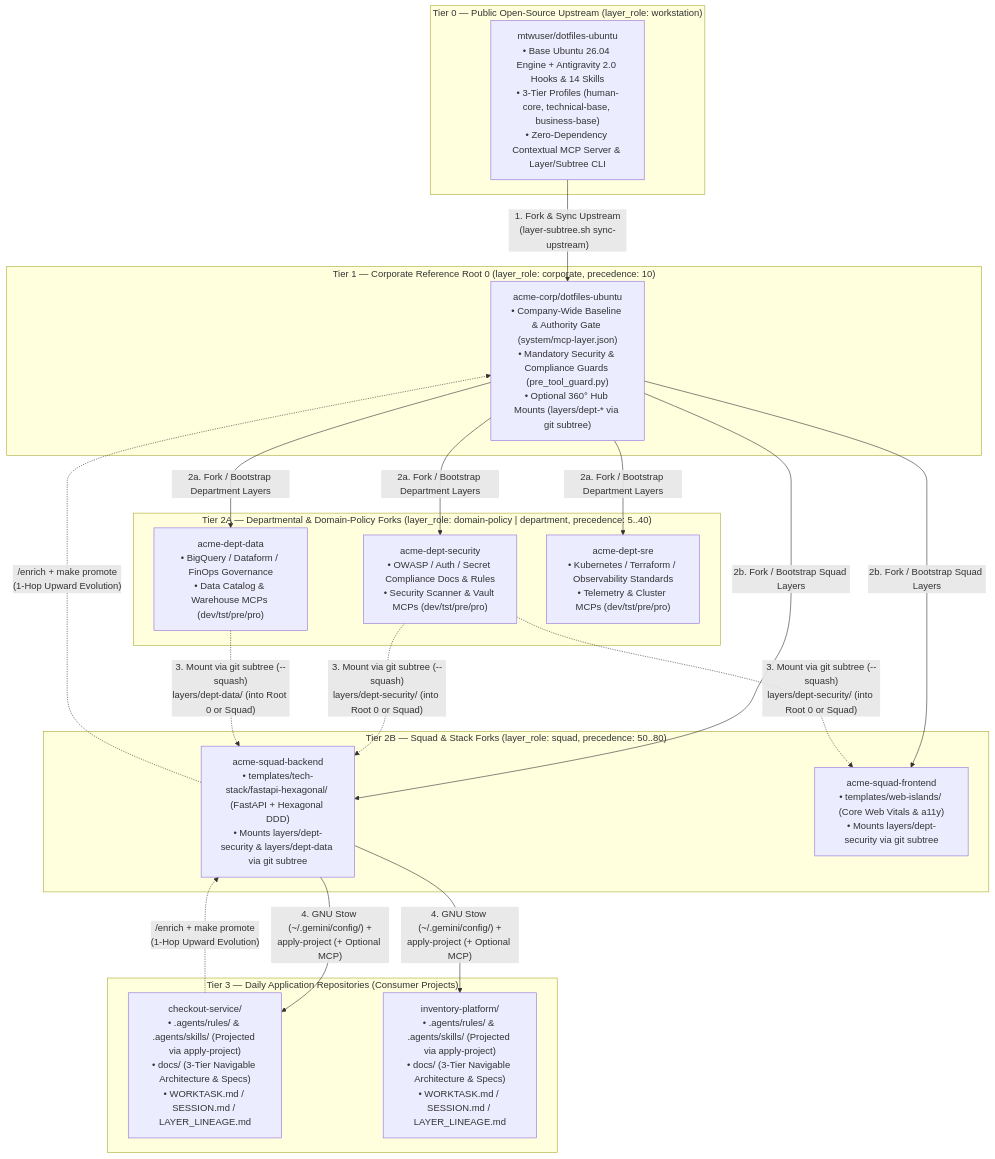
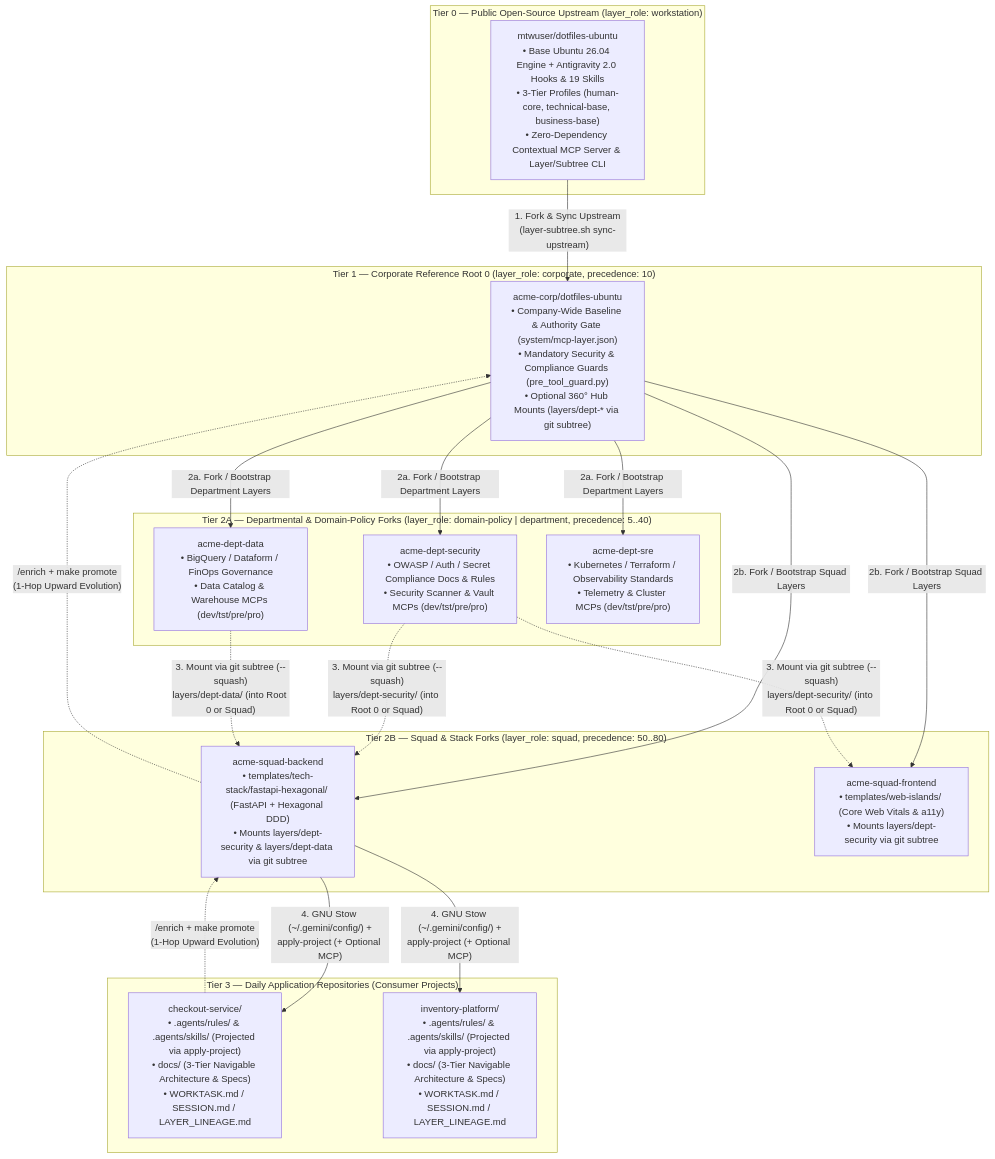
Before and after one commit to mtwuser/dotfiles-ubuntu: the first of 3 diagrams in docs/reference/enterprise_pair_programming_governance.md, drawn with Mermaid. The commit also changed other lines of this file and 27 other files, not shown here.

````diff
--- a/docs/reference/enterprise_pair_programming_governance.md
+++ b/docs/reference/enterprise_pair_programming_governance.md
@@ -27,43 +27,43 @@
 ```mermaid
 flowchart TD
     subgraph OSS["Tier 0 — Public Open-Source Upstream (layer_role: workstation)"]
-        PUB["mtwuser/dotfiles-ubuntu\n• Base Ubuntu 26.04 Engine + Antigravity 2.0 Hooks & 14 Skills\n• 3-Tier Profiles (human-core, technical-base, business-base)\n• Zero-Dependency Contextual MCP Server & Layer/Subtree CLI"]
+        PUB["mtwuser/dotfiles-ubuntu\n• Base Ubuntu 26.04 Engine + Antigravity 2.0 Hooks & 19 Skills\n• 3-Tier Profiles (human-core, technical-base, business-base)\n• Zero-Dependency Contextual MCP Server & Layer/Subtree CLI"]
     end
 
     subgraph Org["Tier 1 — Corporate Reference Root 0 (layer_role: corporate, precedence: 10)"]
         CORP["acme-corp/dotfiles-ubuntu\n• Company-Wide Baseline & Authority Gate (system/mcp-layer.json)\n• Mandatory Security & Compliance Guards (pre_tool_guard.py)\n• Optional 360° Hub Mounts (layers/dept-* via git subtree)"]
     end
 
     subgraph Depts["Tier 2A — Departmental & Domain-Policy Forks (layer_role: domain-policy | department, precedence: 5..40)"]
         DEPT_SEC["acme-dept-security\n• OWASP / Auth / Secret Compliance Docs & Rules\n• Security Scanner & Vault MCPs (dev/tst/pre/pro)"]
         DEPT_DATA["acme-dept-data\n• BigQuery / Dataform / FinOps Governance\n• Data Catalog & Warehouse MCPs (dev/tst/pre/pro)"]
         DEPT_SRE["acme-dept-sre\n• Kubernetes / Terraform / Observability Standards\n• Telemetry & Cluster MCPs (dev/tst/pre/pro)"]
     end
 
     subgraph Squads["Tier 2B — Squad & Stack Forks (layer_role: squad, precedence: 50..80)"]
         SQUAD_BE["acme-squad-backend\n• templates/tech-stack/fastapi-hexagonal/ (FastAPI + Hexagonal DDD)\n• Mounts layers/dept-security & layers/dept-data via git subtree"]
         SQUAD_FE["acme-squad-frontend\n• templates/web-islands/ (Core Web Vitals & a11y)\n• Mounts layers/dept-security via git subtree"]
     end
 
     subgraph Apps["Tier 3 — Daily Application Repositories (Consumer Projects)"]
         PROJ_A["checkout-service/\n• .agents/rules/ & .agents/skills/ (Projected via apply-project)\n• docs/ (3-Tier Navigable Architecture & Specs)\n• WORKTASK.md / SESSION.md / LAYER_LINEAGE.md"]
         PROJ_B["inventory-platform/\n• .agents/rules/ & .agents/skills/ (Projected via apply-project)\n• docs/ (3-Tier Navigable Architecture & Specs)\n• WORKTASK.md / SESSION.md / LAYER_LINEAGE.md"]
     end
 
     PUB -->|"1. Fork & Sync Upstream\n(layer-subtree.sh sync-upstream)"| CORP
     CORP -->|"2a. Fork / Bootstrap Department Layers"| DEPT_SEC
     CORP -->|"2a. Fork / Bootstrap Department Layers"| DEPT_DATA
     CORP -->|"2a. Fork / Bootstrap Department Layers"| DEPT_SRE
     CORP -->|"2b. Fork / Bootstrap Squad Layers"| SQUAD_BE
     CORP -->|"2b. Fork / Bootstrap Squad Layers"| SQUAD_FE
 
     DEPT_SEC -.->|"3. Mount via git subtree (--squash)\nlayers/dept-security/ (into Root 0 or Squad)"| SQUAD_BE
     DEPT_DATA -.->|"3. Mount via git subtree (--squash)\nlayers/dept-data/ (into Root 0 or Squad)"| SQUAD_BE
     DEPT_SEC -.->|"3. Mount via git subtree (--squash)\nlayers/dept-security/ (into Root 0 or Squad)"| SQUAD_FE
 
     SQUAD_BE -->|"4. GNU Stow (~/.gemini/config/) +\napply-project (+ Optional MCP)"| PROJ_A
     SQUAD_BE -->|"4. GNU Stow (~/.gemini/config/) +\napply-project (+ Optional MCP)"| PROJ_B
 
     PROJ_A -.->|"/enrich + make promote\n(1-Hop Upward Evolution)"| SQUAD_BE
     SQUAD_BE -.->|"/enrich + make promote\n(1-Hop Upward Evolution)"| CORP
 ```
````
